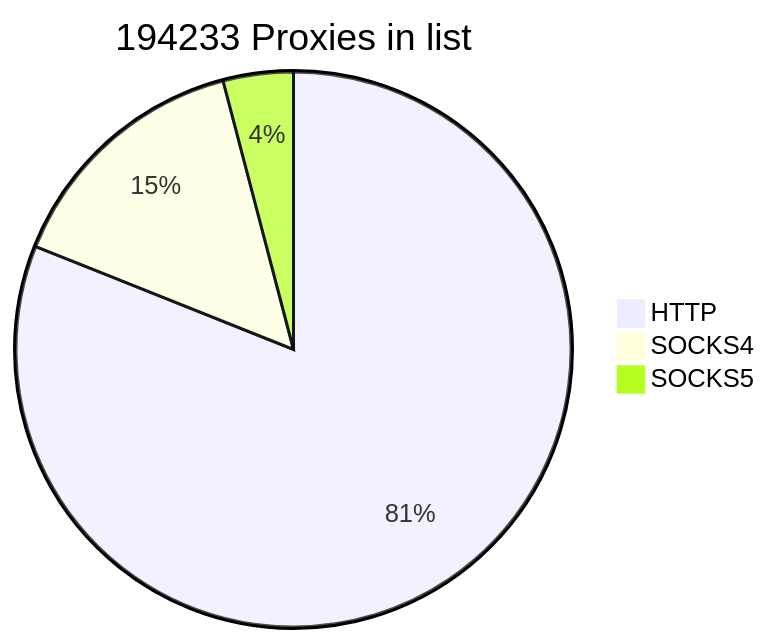
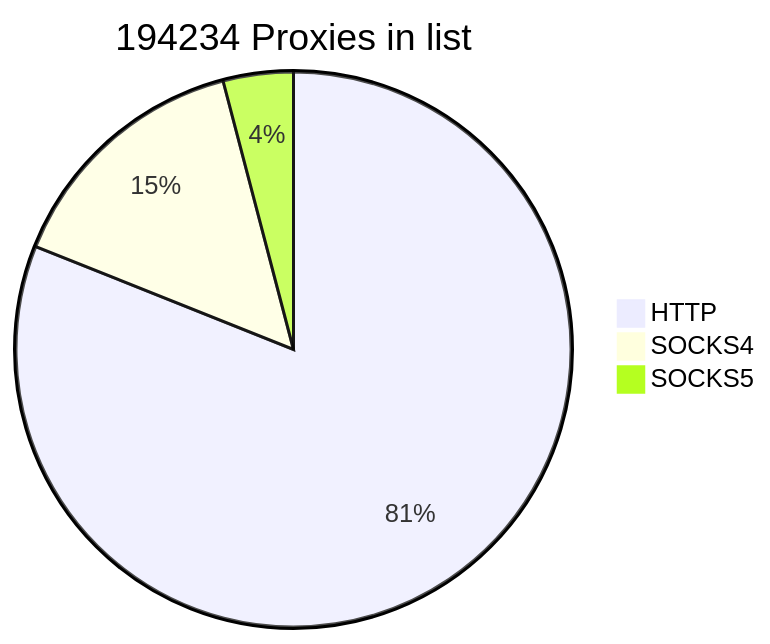
Before and after one commit to cutipu/proxylist: the first of 2 diagrams in README.md, drawn with Mermaid. The commit also changed other lines of this file, not shown here.

````diff
--- a/README.md
+++ b/README.md
@@ -2,7 +2,7 @@
 ```mermaid
-pie title 194233 Proxies in list
+pie title 194234 Proxies in list
     "HTTP" : 157425
     "SOCKS4" : 28883
-    "SOCKS5" : 7925
+    "SOCKS5" : 7926
             
 ```
````
